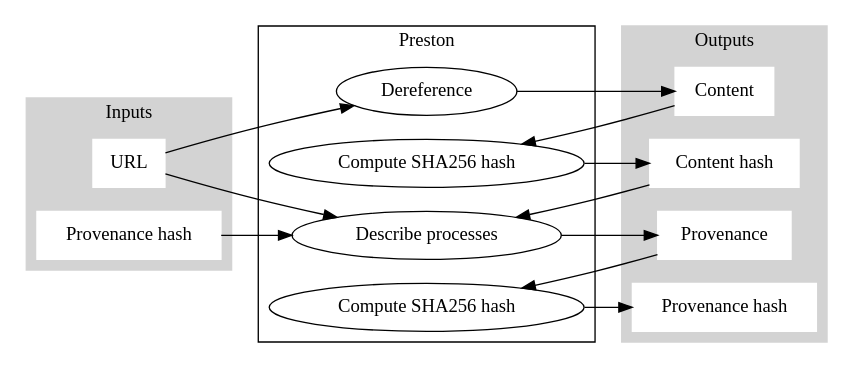
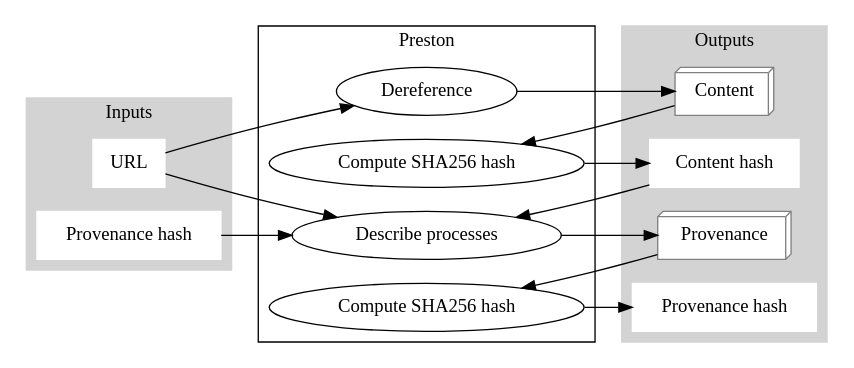
The diagram in docs/simple-case-processes.dot (bio-guoda/preston), drawn with Graphviz before and after one commit. The commit also changed 2 other files, not shown here.

Commit message:
use 3d box shapes to distinguish content from identifiers

```diff
--- a/docs/simple-case-processes.dot
+++ b/docs/simple-case-processes.dot
@@ -1,36 +1,36 @@
 digraph G {
     rankdir="LR"
     
     subgraph cluster_0 {
         style=filled
         color=lightgrey
         node [style=filled, color=white, shape=Mrectangle]
         label = "Inputs"
         url [label="URL"]
         previousProvHash [label="Provenance hash"]
     }
     
     subgraph cluster_1 {
         label = "Preston"
         dereference [label="Dereference"]
         generateProvenance [label="Describe processes"]
         computeContentHash [label="Compute SHA256 hash"]
         computeProvHash [label="Compute SHA256 hash"]
     }
     
     subgraph cluster_2 {
         style=filled
         color=lightgrey
-        node [style=filled, color=white, shape=Mrectangle]
+        node [style=filled, color=white, shape=Mrectangle, fillcolor=white]
         label = "Outputs"
-        content [label="Content"]
+        content [label="Content", shape=box3d, color=gray]
         contentHash [label="Content hash"]
-        newProv [label="Provenance"]
+        newProv [label="Provenance", shape=box3d, color=gray]
         newProvHash [label="Provenance hash"]
     }
     
     url -> dereference -> content
     content -> computeContentHash -> contentHash
     url, previousProvHash, contentHash -> generateProvenance -> newProv
     newProv -> computeProvHash -> newProvHash
 }
```
